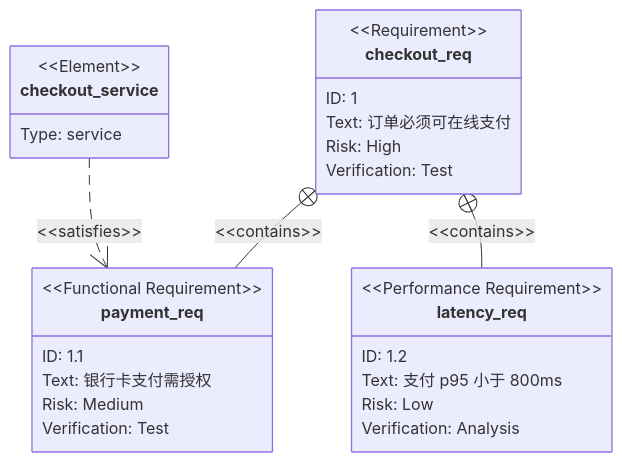
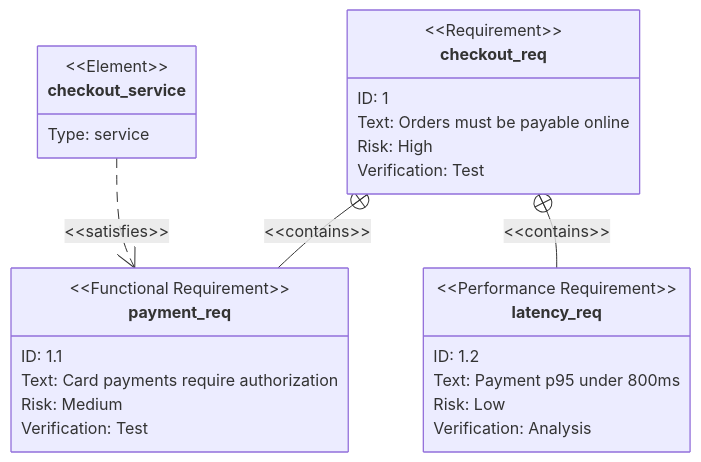
The diagram in diagrams/requirement.mmd (hanxiaomax/tweakpele), drawn with Mermaid before and after one commit. The commit also changed 46 other files, not shown here.

```diff
--- a/diagrams/requirement.mmd
+++ b/diagrams/requirement.mmd
@@ -1,25 +1,25 @@
 requirementDiagram
   requirement checkout_req {
     id: 1
-    text: "订单必须可在线支付"
+    text: "Orders must be payable online"
     risk: high
     verifymethod: test
   }
   functionalRequirement payment_req {
     id: 1.1
-    text: "银行卡支付需授权"
+    text: "Card payments require authorization"
     risk: medium
     verifymethod: test
   }
   performanceRequirement latency_req {
     id: 1.2
-    text: "支付 p95 小于 800ms"
+    text: "Payment p95 under 800ms"
     risk: low
     verifymethod: analysis
   }
   element checkout_service {
     type: service
   }
   checkout_req - contains -> payment_req
   checkout_req - contains -> latency_req
   checkout_service - satisfies -> payment_req
```
